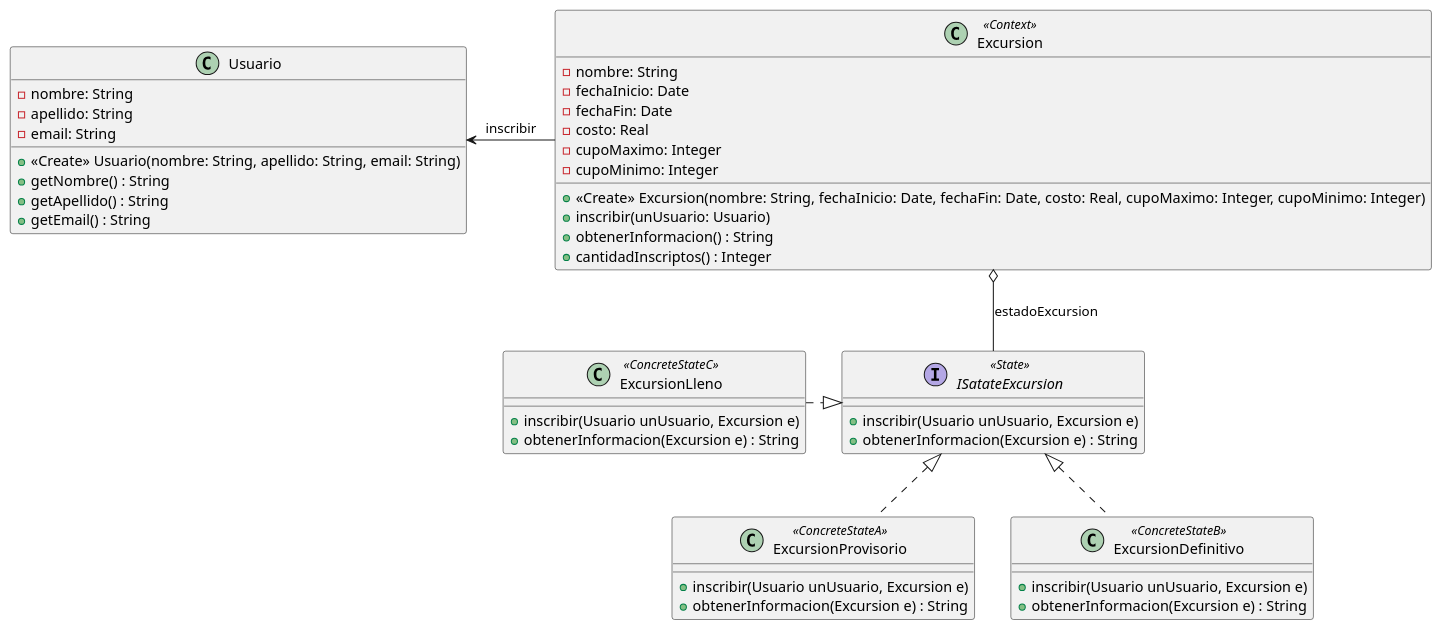
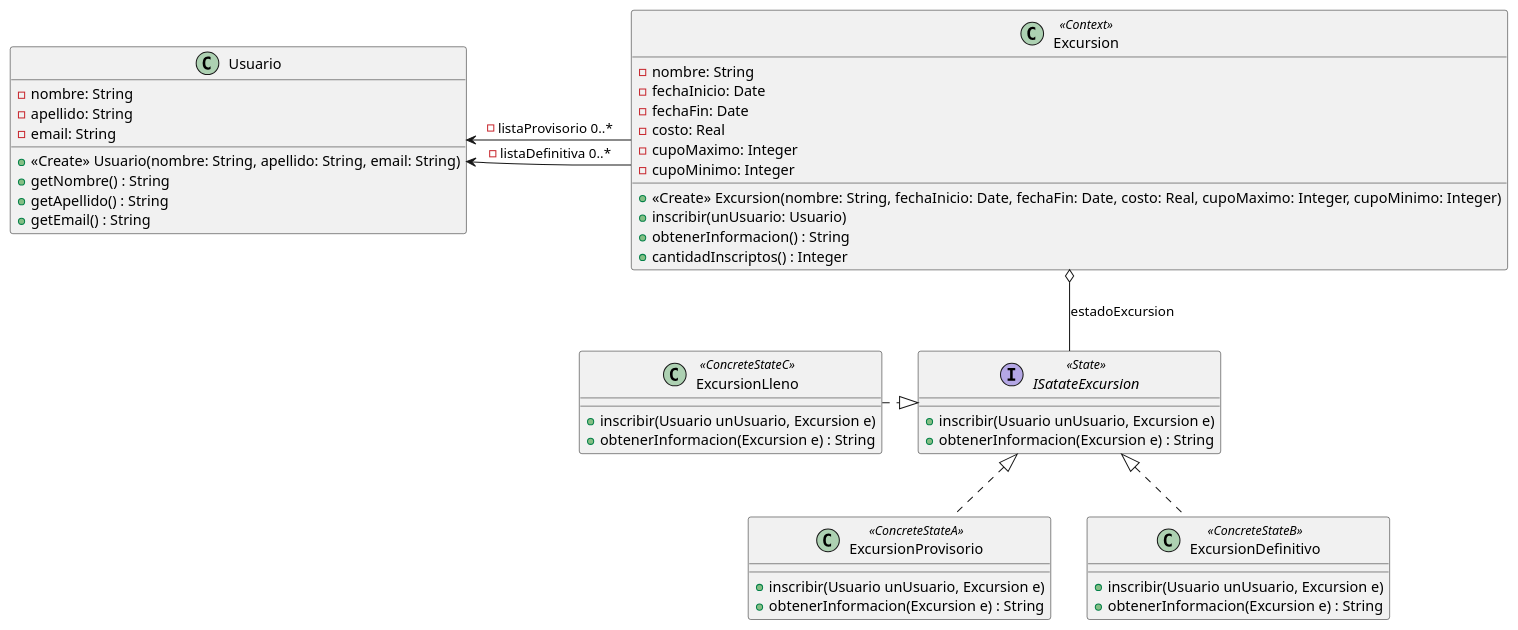
Before and after one commit to estanivege98/OO2: the diagram in Practicas/CuadernilloPatrones/Ejercicio16-Excursiones/UML.puml, drawn with PlantUML.

Commit message:
UML modificado

```diff
--- a/Practicas/CuadernilloPatrones/Ejercicio16-Excursiones/UML.puml
+++ b/Practicas/CuadernilloPatrones/Ejercicio16-Excursiones/UML.puml
@@ -1,48 +1,49 @@
 @startuml
 Class Excursion <<Context>>{
 -nombre: String
 -fechaInicio: Date
 -fechaFin: Date
 -costo: Real
 -cupoMaximo: Integer
 -cupoMinimo: Integer
 +<<Create>> Excursion(nombre: String, fechaInicio: Date, fechaFin: Date, costo: Real, cupoMaximo: Integer, cupoMinimo: Integer)
 +inscribir(unUsuario: Usuario)
 +obtenerInformacion() : String
 +cantidadInscriptos() : Integer
 }
 
 Interface ISatateExcursion <<State>>{
 +inscribir(Usuario unUsuario, Excursion e)
 +obtenerInformacion(Excursion e) : String
 }
 
 class ExcursionLleno <<ConcreteStateC>>{
 +inscribir(Usuario unUsuario, Excursion e)
 +obtenerInformacion(Excursion e) : String
 }
 class ExcursionProvisorio <<ConcreteStateA>>{
 +inscribir(Usuario unUsuario, Excursion e)
 +obtenerInformacion(Excursion e) : String
 }
 class ExcursionDefinitivo <<ConcreteStateB>>{
 +inscribir(Usuario unUsuario, Excursion e)
 +obtenerInformacion(Excursion e) : String
 }
 
 class Usuario{
 -nombre: String
 -apellido: String
 -email: String
 +<<Create>> Usuario(nombre: String, apellido: String, email: String)
 +getNombre() : String
 +getApellido() : String
 +getEmail() : String
 }
 
 ExcursionLleno .right.|> ISatateExcursion
 ExcursionProvisorio .up.|> ISatateExcursion
 ExcursionDefinitivo .up.|> ISatateExcursion
 Excursion o-- ISatateExcursion : estadoExcursion
-Excursion -left-> Usuario : inscribir
+Excursion -left-> Usuario : -listaDefinitiva 0..*
+Excursion -left-> Usuario : -listaProvisorio 0..*
 @enduml
```
